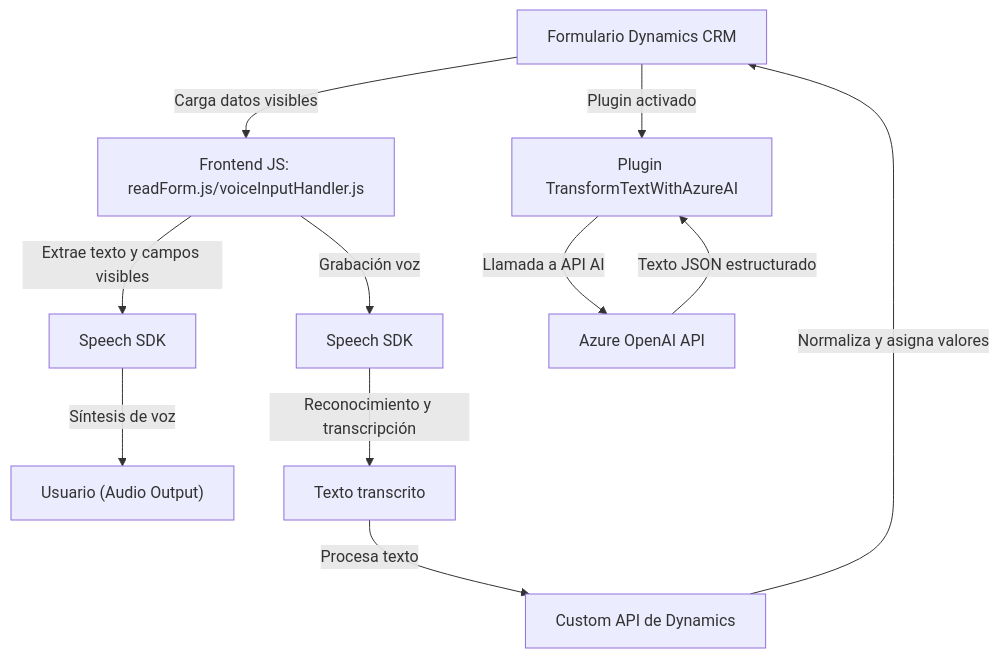
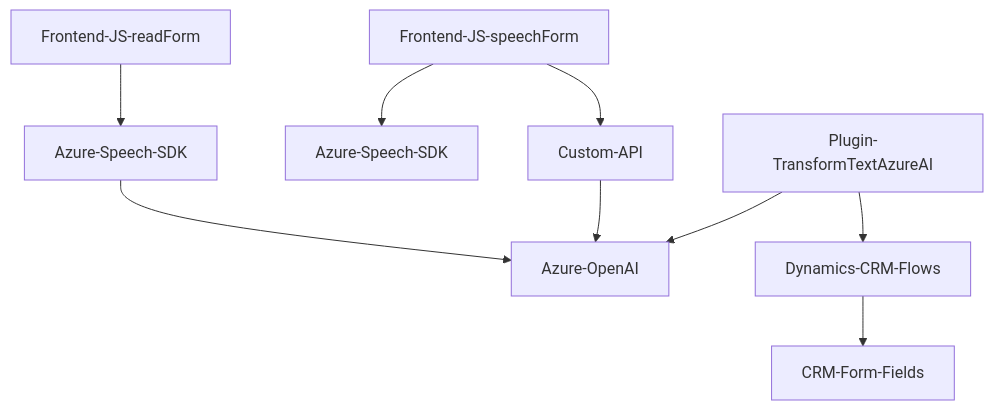
Before and after one commit to blopezdm/NETCORE_BILBAO2025: the diagram in README.md, drawn with Mermaid. The commit also changed other lines of this file, not shown here.

````diff
--- a/README.md
+++ b/README.md
@@ -53,13 +38,11 @@
 ```mermaid
 graph TD
-    A["Formulario Dynamics CRM"] -->|Carga datos visibles| B["Frontend JS: readForm.js/voiceInputHandler.js"]
-    B -->|Extrae texto y campos visibles| C["Speech SDK"]
-    C -->|Síntesis de voz| F["Usuario (Audio Output)"]
-    B -->|Grabación voz| D["Speech SDK"]
-    D -->|Reconocimiento y transcripción| E["Texto transcrito"]
-    E -->|Procesa texto| G["Custom API de Dynamics"]
-    G -->|Normaliza y asigna valores| A
-    A -->|Plugin activado| H["Plugin TransformTextWithAzureAI"]
-    H -->|Llamada a API AI| I["Azure OpenAI API"]
-    I -->|Texto JSON estructurado| H
+    A["Frontend-JS-readForm"] --> B["Azure-Speech-SDK"]
+    C["Frontend-JS-speechForm"] --> D["Azure-Speech-SDK"]
+    C --> E["Custom-API"]
+    F["Plugin-TransformTextAzureAI"] --> G["Azure-OpenAI"]
+    F --> H["Dynamics-CRM-Flows"]
+    H --> I["CRM-Form-Fields"]
+    B --> G
+    E --> G
 ```
````
